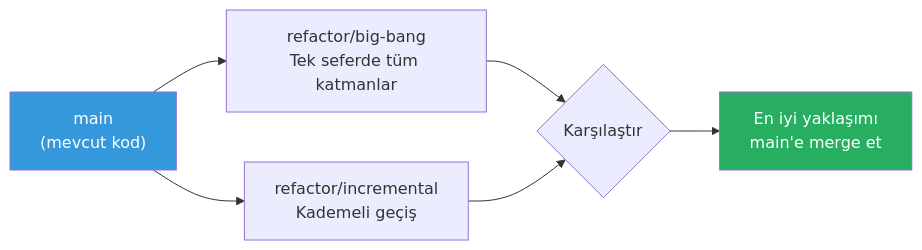
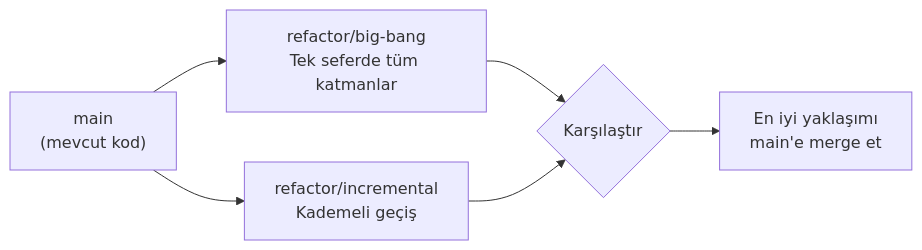
The second of 2 diagrams in 20-pratik-senaryolar/03-refactoring.md (IzzetYasinAtes/ClaudeCodeHandbook), drawn with Mermaid before and after one commit. The commit also changed other lines of this file and 97 other files, not shown here.

Commit message:
Remove all custom Mermaid style/fill colors from 98 markdown files for consistent dark theme rendering

````diff
--- a/20-pratik-senaryolar/03-refactoring.md
+++ b/20-pratik-senaryolar/03-refactoring.md
@@ -100,12 +96,9 @@
 ```mermaid
 flowchart LR
     A["main<br/>(mevcut kod)"] --> B["refactor/big-bang<br/>Tek seferde tüm katmanlar"]
     A --> C["refactor/incremental<br/>Kademeli geçiş"]
     
     B --> D{"Karşılaştır"}
     C --> D
     D --> E["En iyi yaklaşımı<br/>main'e merge et"]
-
-    style A fill:#3498DB,color:#fff
-    style E fill:#27AE60,color:#fff
 ```
````
